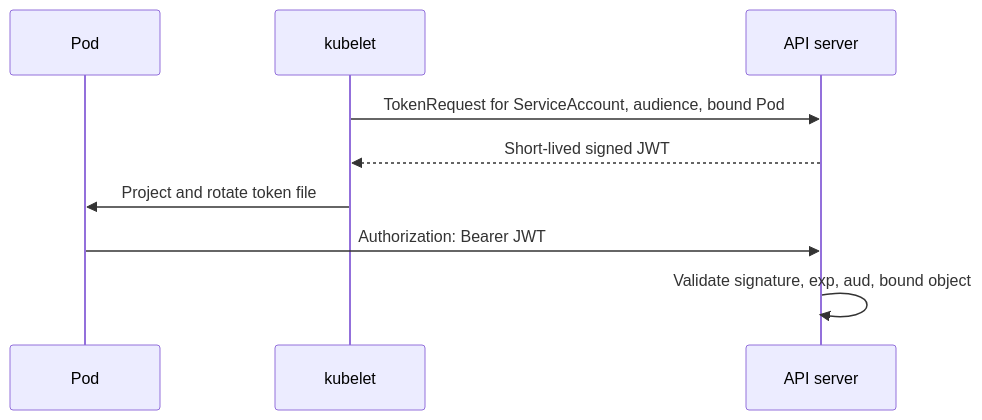
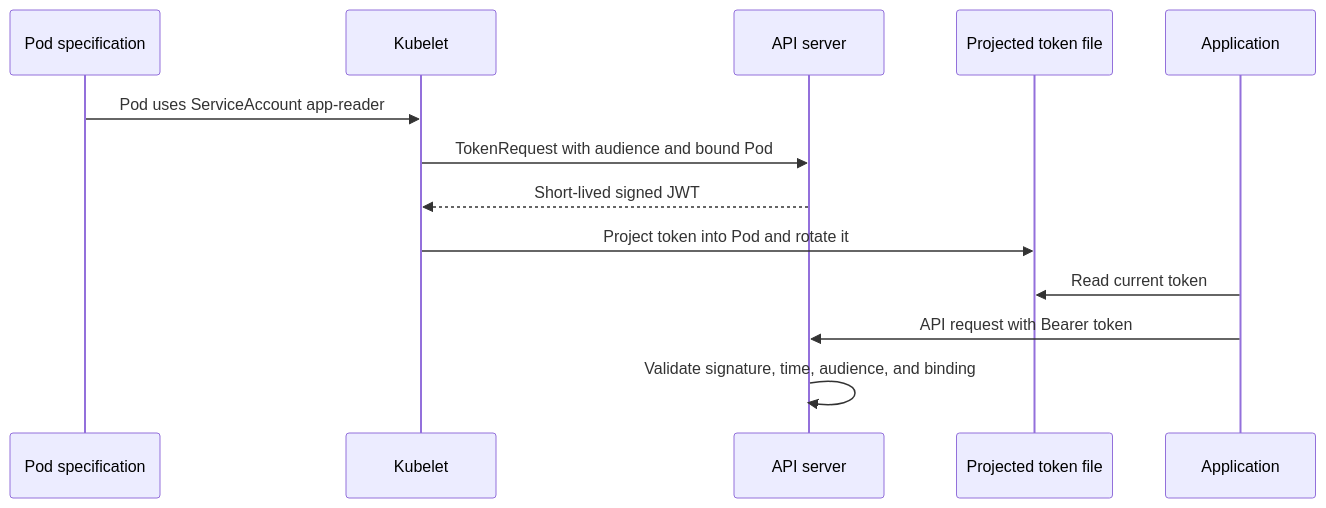
One commit to asadjan4611/K8s-Tutorial changed diagram 16 of 29 in Day-02-README.md. Above: the diagram before and after it, drawn with Mermaid. The commit also changed other lines of this file, not shown here.

Commit message:
docs: rewrite day 2 API and RBAC guide

````diff
--- a/Day-02-README.md
+++ b/Day-02-README.md
@@ -324,11 +1393,16 @@
 ```mermaid
 sequenceDiagram
-    participant P as Pod
-    participant K as kubelet
-    participant API as API server
-    K->>API: TokenRequest for ServiceAccount, audience, bound Pod
-    API-->>K: Short-lived signed JWT
-    K->>P: Project and rotate token file
-    P->>API: Authorization: Bearer JWT
-    API->>API: Validate signature, exp, aud, bound object
+    participant P as Pod specification
+    participant K as Kubelet
+    participant A as API server
+    participant F as Projected token file
+    participant APP as Application
+
+    P->>K: Pod uses ServiceAccount app-reader
+    K->>A: TokenRequest with audience and bound Pod
+    A-->>K: Short-lived signed JWT
+    K->>F: Project token into Pod and rotate it
+    APP->>F: Read current token
+    APP->>A: API request with Bearer token
+    A->>A: Validate signature, time, audience, and binding
 ```
````
